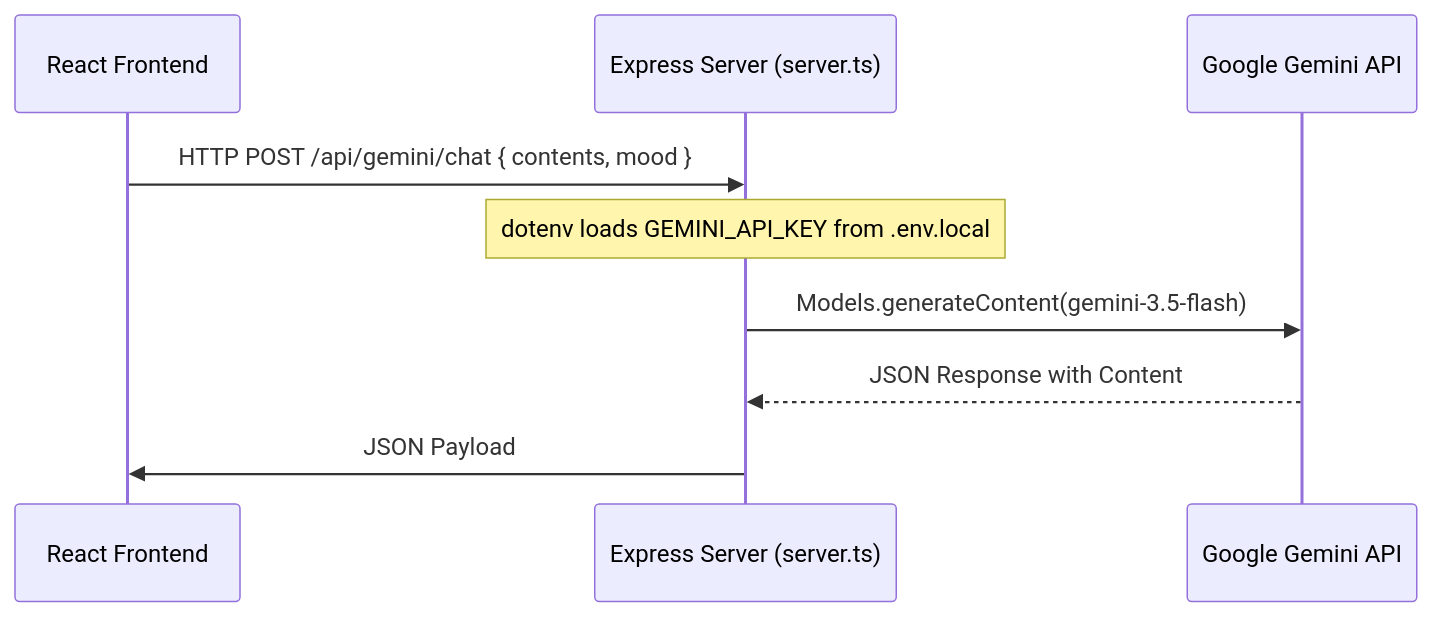
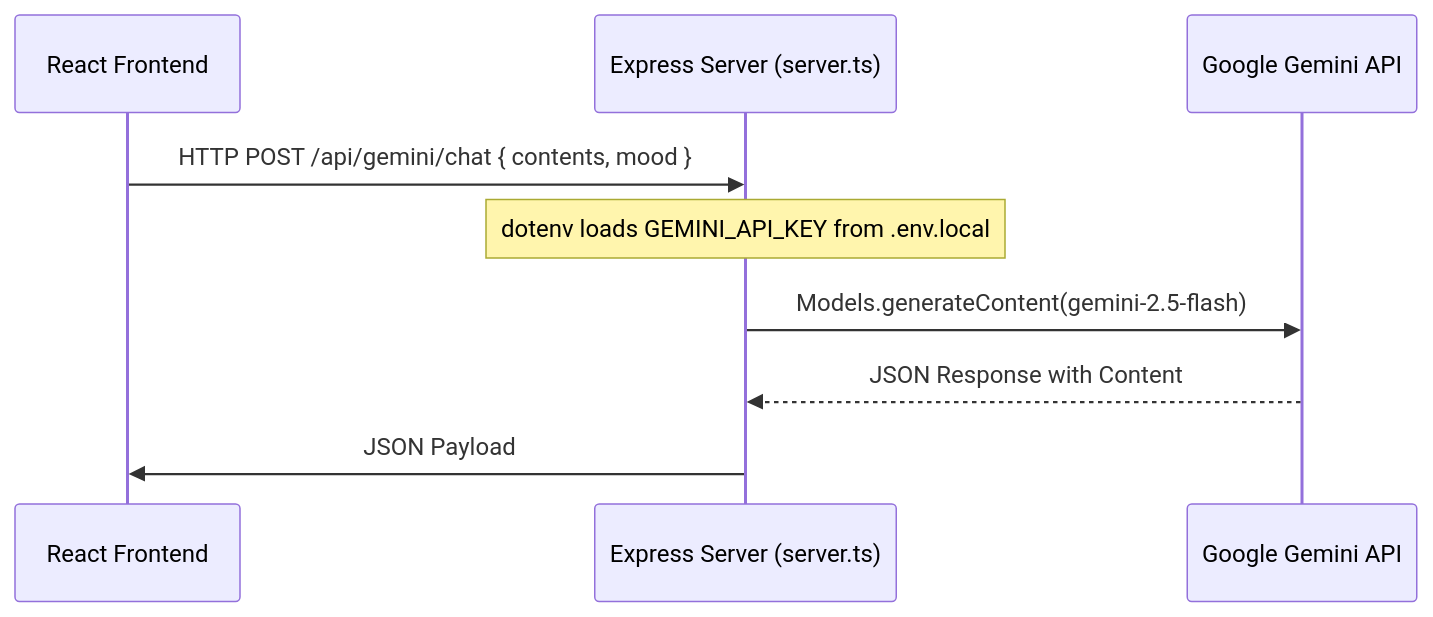
Before and after one commit to VanshMiglani007/flowmind-ai: the diagram in README.md, drawn with Mermaid. The commit also changed other lines of this file and 1 other file, not shown here.

Commit message:
Update Gemini model name to gemini-2.5-flash in README and server code

````diff
--- a/README.md
+++ b/README.md
@@ -201,12 +201,12 @@
 ```mermaid
 sequenceDiagram
     participant User as React Frontend
     participant Server as Express Server (server.ts)
     participant Gemini as Google Gemini API
 
     User->>Server: HTTP POST /api/gemini/chat { contents, mood }
     Note over Server: dotenv loads GEMINI_API_KEY from .env.local
-    Server->>Gemini: Models.generateContent(gemini-3.5-flash)
+    Server->>Gemini: Models.generateContent(gemini-2.5-flash)
     Gemini-->>Server: JSON Response with Content
     Server->>User: JSON Payload
 ```
````
